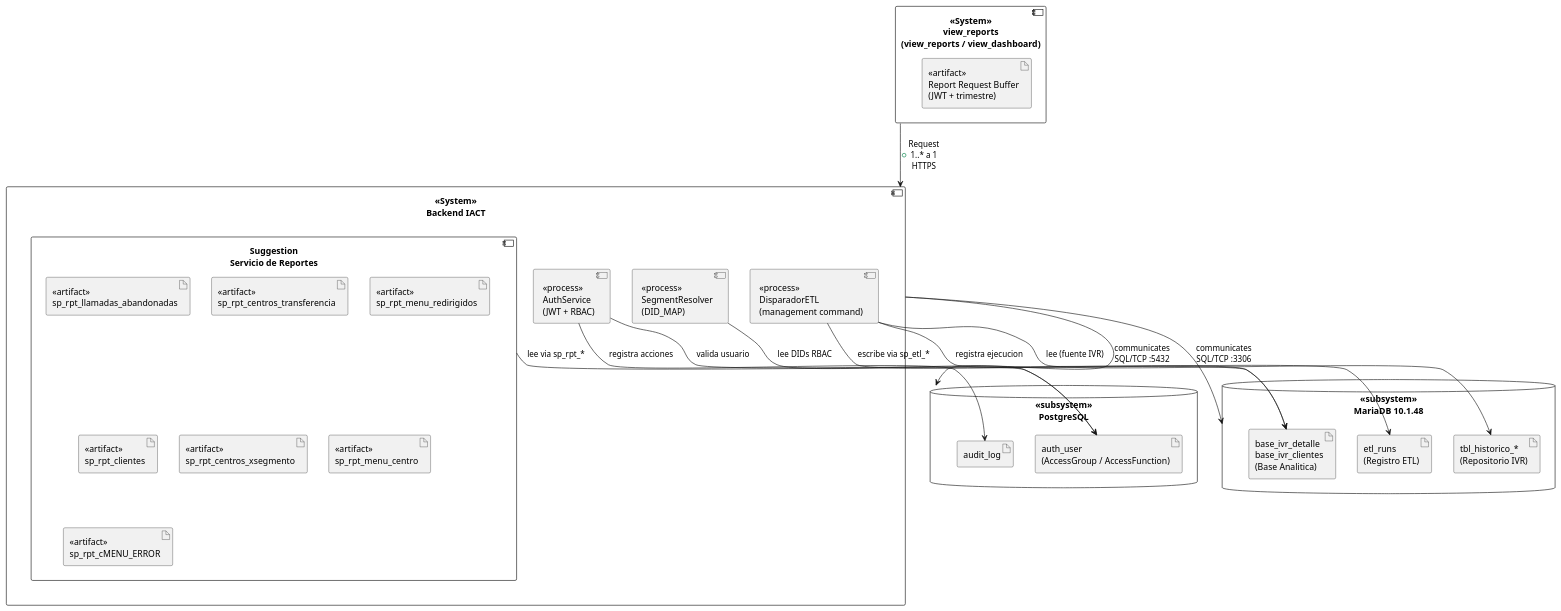
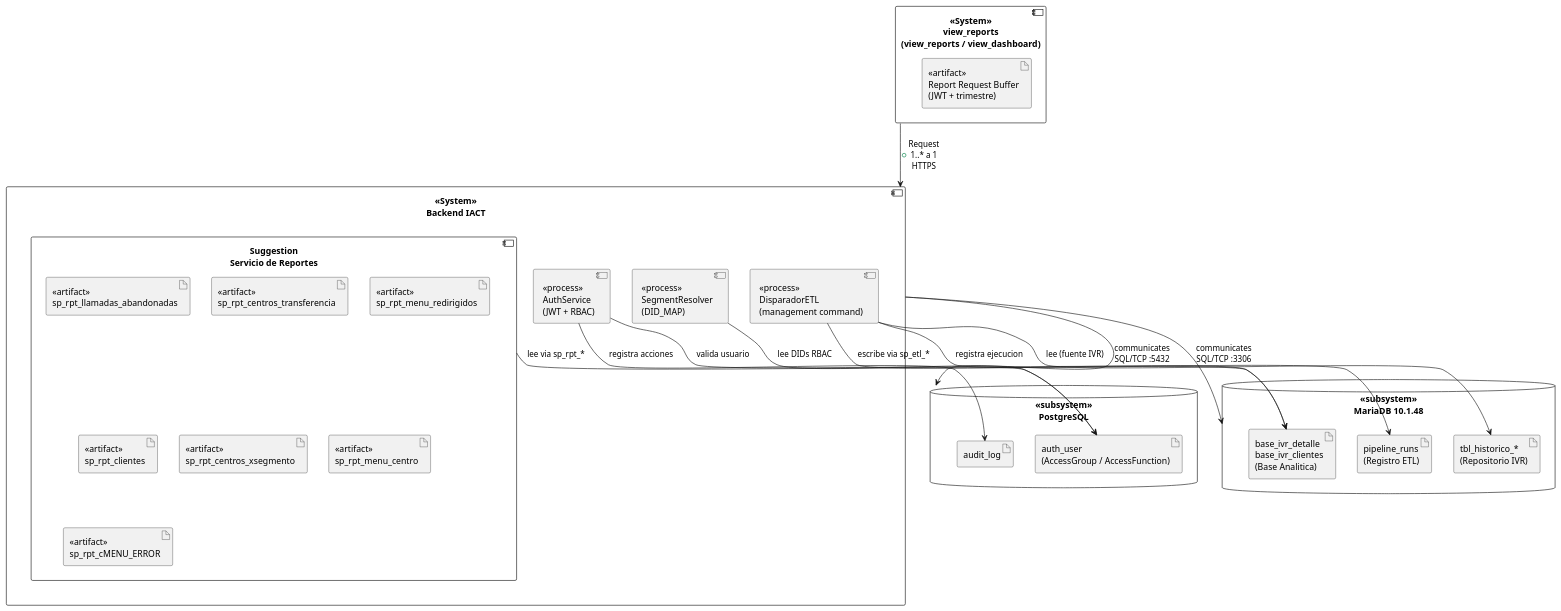
The diagram in source/arquitectura-tecnica/system-view/componentes-sistema-iact.rst (jcg-admin/IACT-docs), drawn with PlantUML before and after one commit. The commit also changed 96 other files, not shown here.

First line of the commit message:
Apply CNST-033: rename ETL→Pipeline in domain-model + sweep refs

```diff
--- a/source/arquitectura-tecnica/system-view/componentes-sistema-iact.rst
+++ b/source/arquitectura-tecnica/system-view/componentes-sistema-iact.rst
@@ -28,48 +28,48 @@
 .. uml::
  :caption: Figura 11 — Diagrama de componentes del Sistema IACT
 
  @startuml
 
  component "<<System>>\nview_reports\n(view_reports / view_dashboard)" as SISTEMA_VER_REPORTES {
    artifact "<<artifact>>\nReport Request Buffer\n(JWT + trimestre)" as ARTEFACTO_REPORT_REQUEST
  }
 
  component "<<System>>\nBackend IACT" as SISTEMA_BACKEND_IACT {
    component "Suggestion\nServicio de Reportes" as SERVICIO_REPORTES_EXTERNO {
      artifact "<<artifact>>\nsp_rpt_llamadas_abandonadas" as ARTEFACTO_SP_RPT_LLAMADAS_ABANDONADAS
      artifact "<<artifact>>\nsp_rpt_centros_transferencia" as ARTEFACTO_SP_RPT_TRANSFERENCIAS
      artifact "<<artifact>>\nsp_rpt_menu_redirigidos" as ARTEFACTO_SP_RPT_MENUS_REDIRIGIDOS
      artifact "<<artifact>>\nsp_rpt_clientes" as ARTEFACTO_SP_RPT_CLIENTES
      artifact "<<artifact>>\nsp_rpt_centros_xsegmento" as ARTEFACTO_SP_RPT_CENTROS_XSEGMENTO
      artifact "<<artifact>>\nsp_rpt_menu_centro" as ARTEFACTO_SP_RPT_MENU_CENTRO
      artifact "<<artifact>>\nsp_rpt_cMENU_ERROR" as ARTEFACTO_SP_RPT_MENU_ERROR
    }
    component "<<process>>\nAuthService\n(JWT + RBAC)" as SERVICIO_AUTH_PROCESO
    component "<<process>>\nSegmentResolver\n(DID_MAP)" as SERVICIO_SEGMENT_RESOLVER
    component "<<process>>\nDisparadorETL\n(management command)" as SERVICIO_ETL_DISPARADOR
  }
 
  database "<<subsystem>>\nMariaDB 10.1.48" as BASE_DATOS_MARIADB {
    artifact "tbl_historico_*\n(Repositorio IVR)" as ARTEFACTO_HISTORICO_IVR
    artifact "base_ivr_detalle\nbase_ivr_clientes\n(Base Analitica)" as ARTEFACTO_BASE_ANALITICA
-   artifact "etl_runs\n(Registro ETL)" as ARTEFACTO_ETL_RUNS
+   artifact "pipeline_runs\n(Registro ETL)" as ARTEFACTO_ETL_RUNS
  }
 
  database "<<subsystem>>\nPostgreSQL" as BASE_DATOS_POSTGRESQL {
    artifact "auth_user\n(AccessGroup / AccessFunction)" as ARTEFACTO_AUTH_USER
    artifact "audit_log" as ARTEFACTO_AUDIT_LOG
  }
 
  SISTEMA_VER_REPORTES --> SISTEMA_BACKEND_IACT : +Request\n1..* a 1\nHTTPS
  SISTEMA_BACKEND_IACT --> BASE_DATOS_MARIADB : communicates\nSQL/TCP :3306
  SISTEMA_BACKEND_IACT --> BASE_DATOS_POSTGRESQL : communicates\nSQL/TCP :5432
 
  SERVICIO_ETL_DISPARADOR --> ARTEFACTO_HISTORICO_IVR : lee (fuente IVR)
  SERVICIO_ETL_DISPARADOR --> ARTEFACTO_BASE_ANALITICA : escribe via sp_etl_*
  SERVICIO_ETL_DISPARADOR --> ARTEFACTO_ETL_RUNS : registra ejecucion
  SERVICIO_REPORTES_EXTERNO --> ARTEFACTO_BASE_ANALITICA : lee via sp_rpt_*
  SERVICIO_SEGMENT_RESOLVER --> ARTEFACTO_AUTH_USER : lee DIDs RBAC
  SERVICIO_AUTH_PROCESO --> ARTEFACTO_AUTH_USER : valida usuario
  SERVICIO_AUTH_PROCESO --> ARTEFACTO_AUDIT_LOG : registra acciones
 
  @enduml
```
